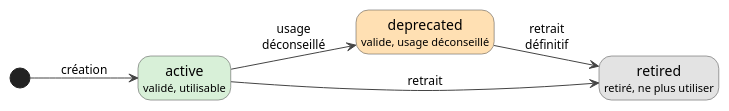
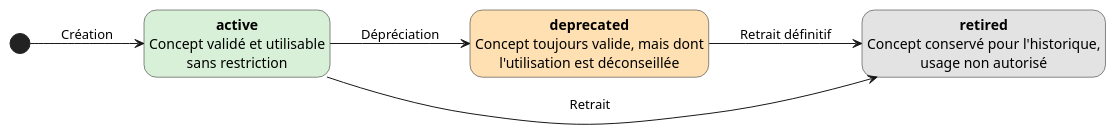
The diagram in input/images-source/cycleVieConcepts.plantuml (ansforge/IG-terminologie-de-sante), drawn with PlantUML before and after one commit. The commit also changed 2 other files, not shown here.

```diff
--- a/input/images-source/cycleVieConcepts.plantuml
+++ b/input/images-source/cycleVieConcepts.plantuml
@@ -1,22 +1,13 @@
-@startuml
+@startuml A-horizontal
 left to right direction
-skinparam shadowing false
-skinparam defaultFontName Arial
-skinparam ArrowColor #444444
-skinparam state {
-  BorderColor #444444
-  FontSize 14
-  ArrowFontSize 12
-}
 hide empty description
 
-state "active\n<size:11>validé, utilisable</size>" as active #D8F0D8
-state "deprecated\n<size:11>valide, usage déconseillé</size>" as deprecated #FFE0B3
-state "retired\n<size:11>retiré, ne plus utiliser</size>" as retired #E3E3E3
+state "**active**\nConcept validé et utilisable\nsans restriction" as active #D8F0D8
+state "**deprecated**\nConcept toujours valide, mais dont\nl'utilisation est déconseillée" as deprecated #FFE0B3
+state "**retired**\nConcept conservé pour l'historique,\nusage non autorisé" as retired #E3E3E3
 
-[*] --> active :création
-active --> deprecated : usage\ndéconseillé
-active --> retired : retrait
-deprecated --> retired : retrait\ndéfinitif
-
+[*] --> active :  Création  
+active --> deprecated :  Dépréciation  
+deprecated --> retired :  Retrait définitif  
+active -[norank]-> retired : Retrait
 @enduml
```
